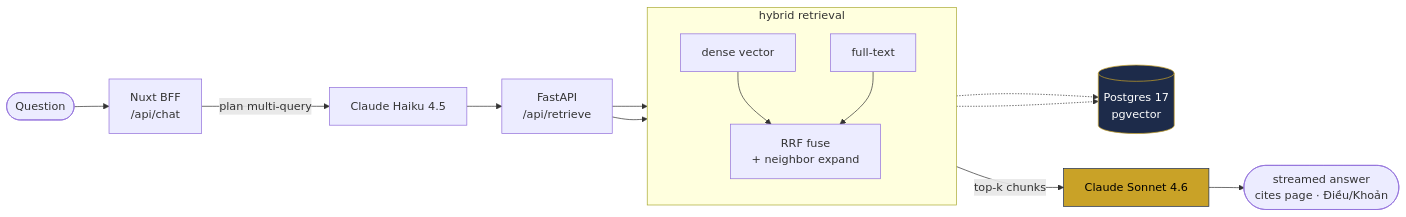
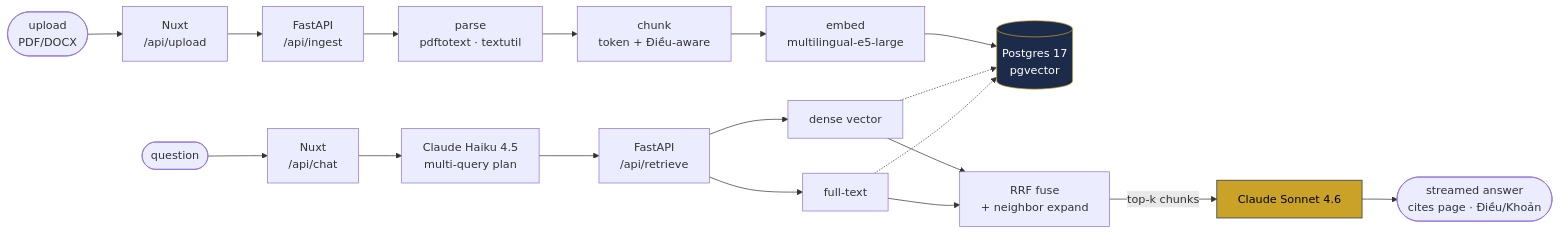
The diagram in README.md (januaryofmine/VAIC2026), drawn with Mermaid before and after one commit. The commit also changed other lines of this file, not shown here.

Commit message:
docs: merge the two Mermaid diagrams into one
Splitting ingestion and query into separate diagrams cost the one thing
worth showing: that both paths meet at Postgres. Merge them into a single
graph with two horizontal lanes sharing the database node.

Legibility is unchanged. Rendering both layouts at 900px (README content
width) shows identical text size, because width is set by the longest
lane and that lane is the same either way — splitting never bought
larger text.

Layer-based layouts were tried first and rejected: Mermaid ignores
`direction` inside a subgraph once an edge crosses the boundary, so a
vertical stack of tiers came out 1250px tall with crossing arrows at the
bottom, and the horizontal variant dropped half the pipeline. Dropping
the nested subgraphs entirely is what made a single diagram work.

````diff
--- a/README.md
+++ b/README.md
@@ -42,22 +26,24 @@
 ```mermaid
 flowchart LR
-    U([Question]) --> NX["Nuxt BFF<br/>/api/chat"]
-    NX -->|plan multi-query| H["Claude Haiku 4.5"]
-    H --> R["FastAPI<br/>/api/retrieve"]
+    UPL([upload<br/>PDF/DOCX]) --> N1["Nuxt<br/>/api/upload"]
+    N1 --> ING["FastAPI<br/>/api/ingest"]
+    ING --> P["parse<br/>pdftotext · textutil"]
+    P --> C["chunk<br/>token + Điều-aware"]
+    C --> E["embed<br/>multilingual-e5-large"]
+    E --> DB[("Postgres 17<br/>pgvector")]
 
-    subgraph HY["hybrid retrieval"]
-        direction TB
-        V["dense vector"] --> RRF["RRF fuse<br/>+ neighbor expand"]
-        F["full-text"] --> RRF
-    end
-
-    R --> V
-    R --> F
-    V -.-> DB[("Postgres 17<br/>pgvector")]
+    Q([question]) --> N2["Nuxt<br/>/api/chat"]
+    N2 --> H["Claude Haiku 4.5<br/>multi-query plan"]
+    H --> RET["FastAPI<br/>/api/retrieve"]
+    RET --> V["dense vector"]
+    RET --> F["full-text"]
+    V --> RRF["RRF fuse<br/>+ neighbor expand"]
+    F --> RRF
+    V -.-> DB
     F -.-> DB
     RRF -->|top-k chunks| S["Claude Sonnet 4.6"]
-    S --> A(["streamed answer<br/>cites page · Điều/Khoản"])
+    S --> A([streamed answer<br/>cites page · Điều/Khoản])
 
     style DB fill:#1D2B4A,stroke:#C9A227,color:#fff
     style S fill:#C9A227,stroke:#1D2B4A,color:#000
 ```
````
